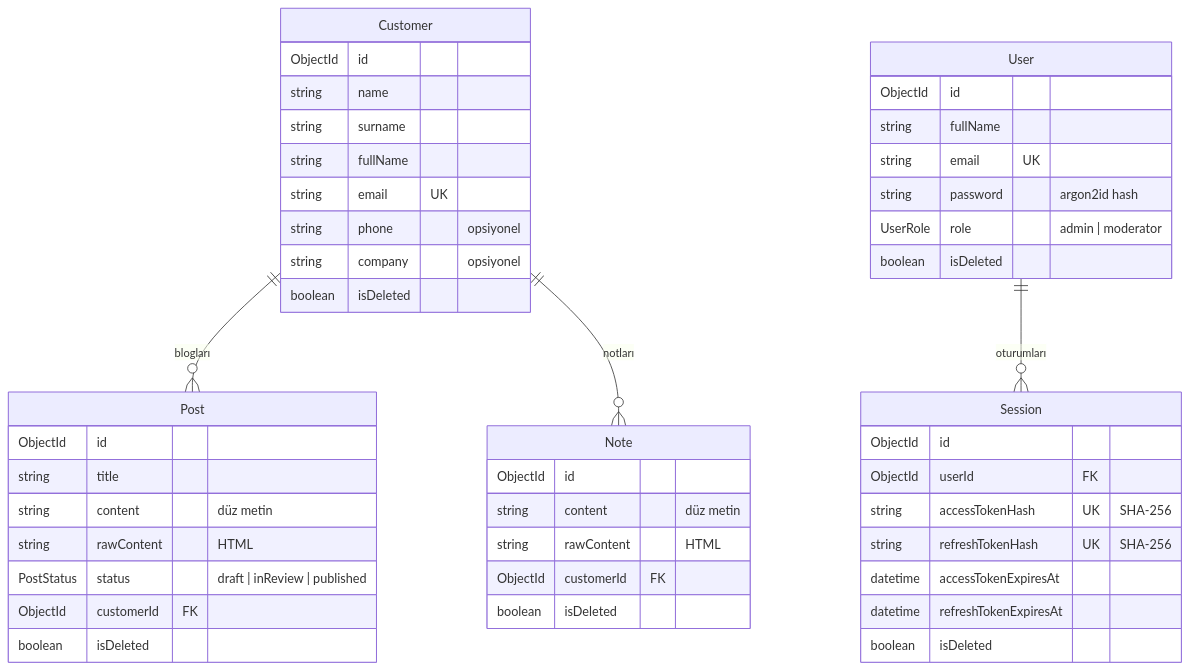
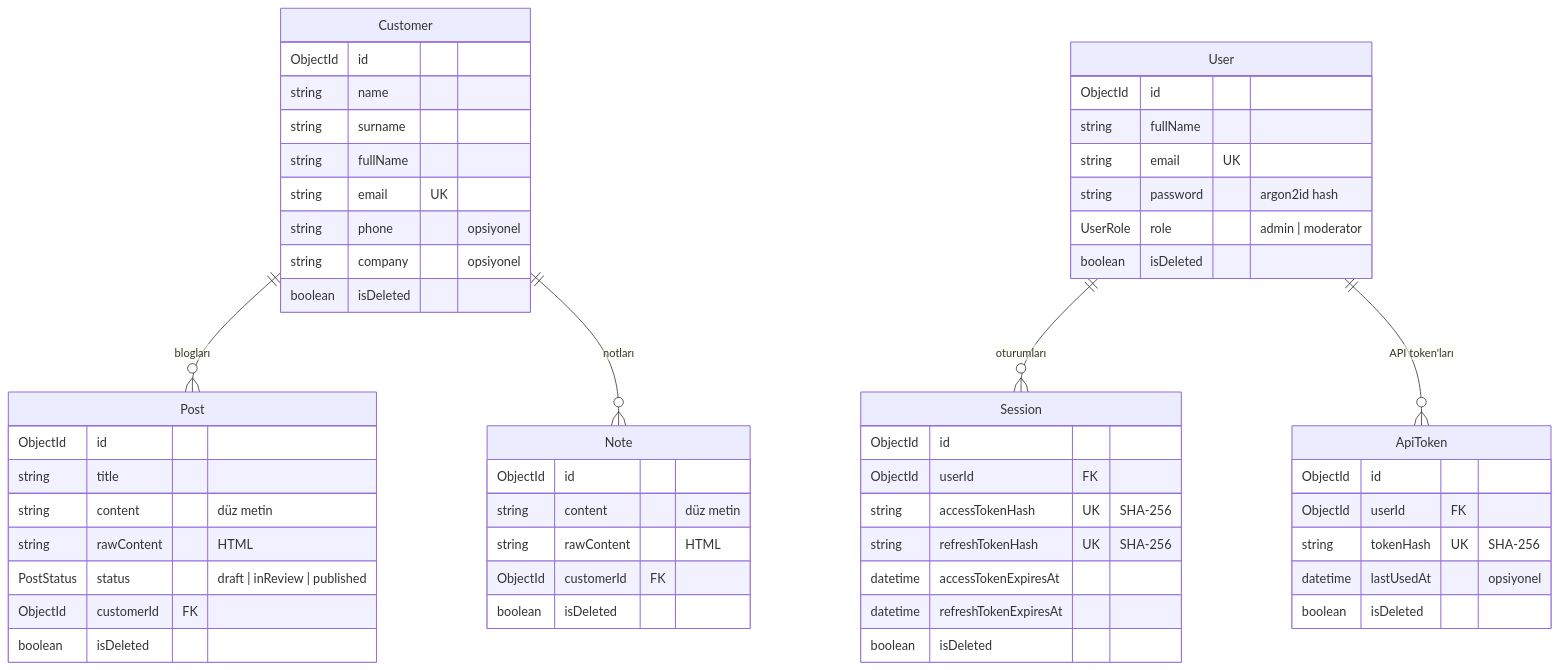
Before and after one commit to FlyingTurkman/crm-demo: the second of 4 diagrams in README.md, drawn with Mermaid. The commit also changed other lines of this file and 41 other files, not shown here.

````diff
--- a/README.md
+++ b/README.md
@@ -134,50 +147,58 @@
 ```mermaid
 erDiagram
     Customer ||--o{ Post : "blogları"
     Customer ||--o{ Note : "notları"
     User ||--o{ Session : "oturumları"
+    User ||--o{ ApiToken : "API token'ları"
 
     Customer {
         ObjectId id
         string name
         string surname
         string fullName
         string email UK
         string phone "opsiyonel"
         string company "opsiyonel"
         boolean isDeleted
     }
     Post {
         ObjectId id
         string title
         string content "düz metin"
         string rawContent "HTML"
         PostStatus status "draft | inReview | published"
         ObjectId customerId FK
         boolean isDeleted
     }
     Note {
         ObjectId id
         string content "düz metin"
         string rawContent "HTML"
         ObjectId customerId FK
         boolean isDeleted
     }
     User {
         ObjectId id
         string fullName
         string email UK
         string password "argon2id hash"
         UserRole role "admin | moderator"
         boolean isDeleted
     }
     Session {
         ObjectId id
         ObjectId userId FK
         string accessTokenHash UK "SHA-256"
         string refreshTokenHash UK "SHA-256"
         datetime accessTokenExpiresAt
         datetime refreshTokenExpiresAt
         boolean isDeleted
     }
+    ApiToken {
+        ObjectId id
+        ObjectId userId FK
+        string tokenHash UK "SHA-256"
+        datetime lastUsedAt "opsiyonel"
+        boolean isDeleted
+    }
 ```
````
